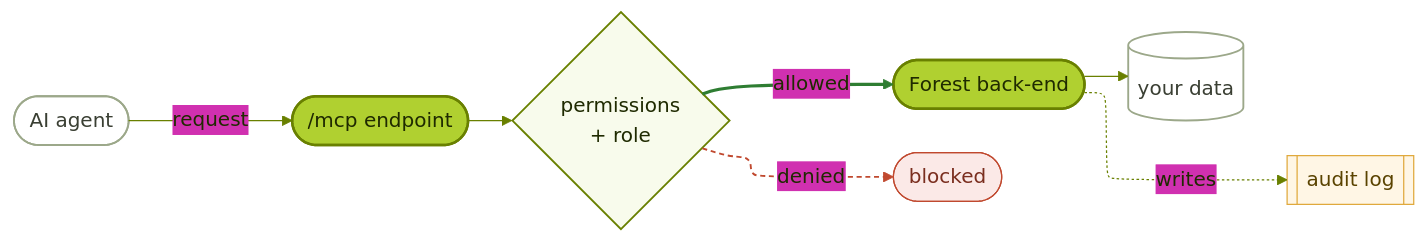
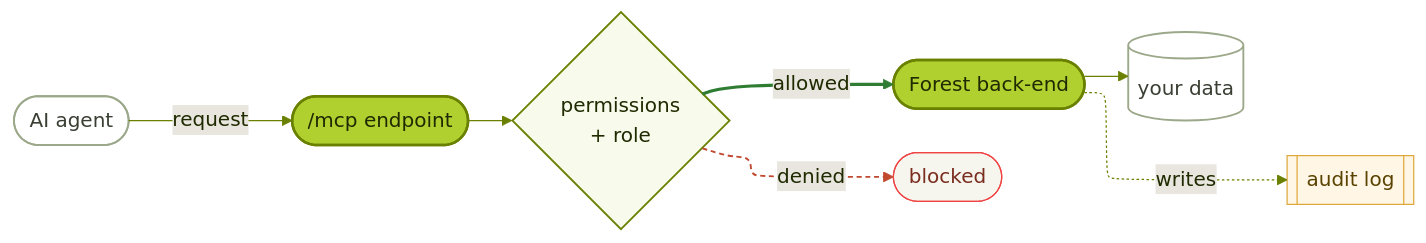
One commit to ForestAdmin/docs changed the second of 17 diagrams in legacy/diagram-drafts.mdx. Above: the diagram before and after it, drawn with Mermaid. The commit also changed other lines of this file, not shown here.

Commit message:
docs(diagram-drafts): kill mermaid lavender default (mainBkg neutrals), class the decision node, de-pink danger

````diff
--- a/legacy/diagram-drafts.mdx
+++ b/legacy/diagram-drafts.mdx
@@ -45,23 +46,24 @@
 ```mermaid
 %%{init: {'theme':'base', 'flowchart':{'defaultRenderer':'elk','curve':'basis'}, 'themeVariables': {
+  'mainBkg':'#f6f5ee','secondaryColor':'#e9e6df','tertiaryColor':'#f6f5ee',
   'fontFamily':'Inter, system-ui, sans-serif',
   'primaryColor':'#B0D030','primaryBorderColor':'#698000',
   'primaryTextColor':'#1F2A00','lineColor':'#698000'
 }}}%%
 flowchart LR
     AI(["AI agent"]) -->|request| EP(["/mcp endpoint"])
     EP --> Gate{"permissions<br/>+ role"}
     Gate -->|allowed| BE(["Forest back-end"])
     Gate -->|denied| X(["blocked"])
     BE --> DB[("your data")]
     BE -.->|writes| Log[["audit log"]]
 
     classDef forest fill:#B0D030,stroke:#698000,stroke-width:2px,color:#1F2A00;
     classDef external fill:#FFFFFF,stroke:#9CA88A,stroke-width:1.5px,color:#3A3F33;
     classDef audit fill:#FFF6E5,stroke:#E0A93D,color:#5A4300;
-    classDef danger fill:#FBE9E7,stroke:#C0492F,color:#7A2E1F;
+    classDef danger fill:#f6f5ee,stroke:#ef4444,color:#7A2E1F;
     classDef gate fill:#F8FBEC,stroke:#698000,stroke-width:1.5px,color:#1F2A00;
     class EP,BE forest; class AI,DB external; class Log audit; class X danger; class Gate gate;
     linkStyle 2 stroke:#2E7D32,stroke-width:2.5px;
     linkStyle 3 stroke:#C0492F,stroke-width:1.5px,stroke-dasharray:4 3;
 ```
````
